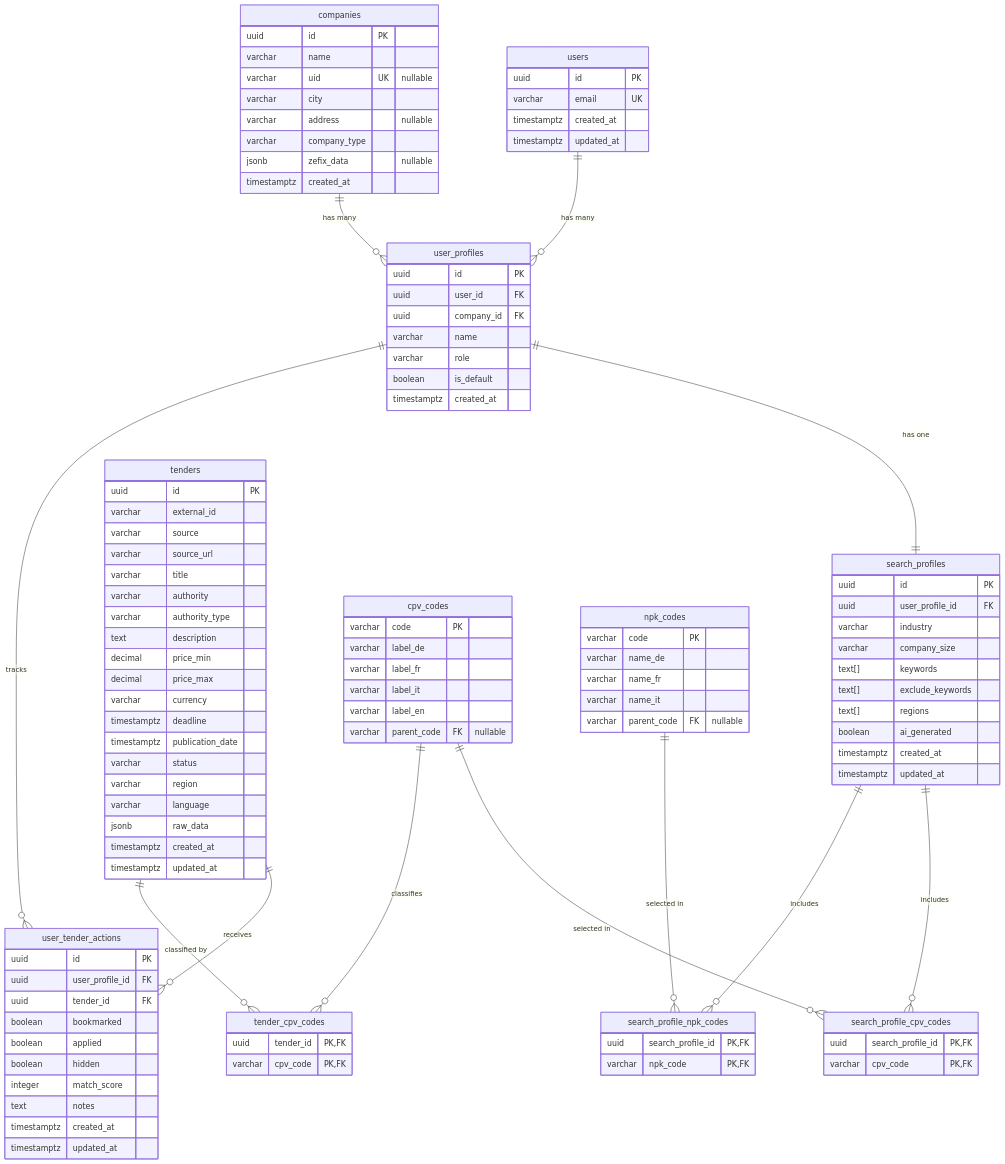
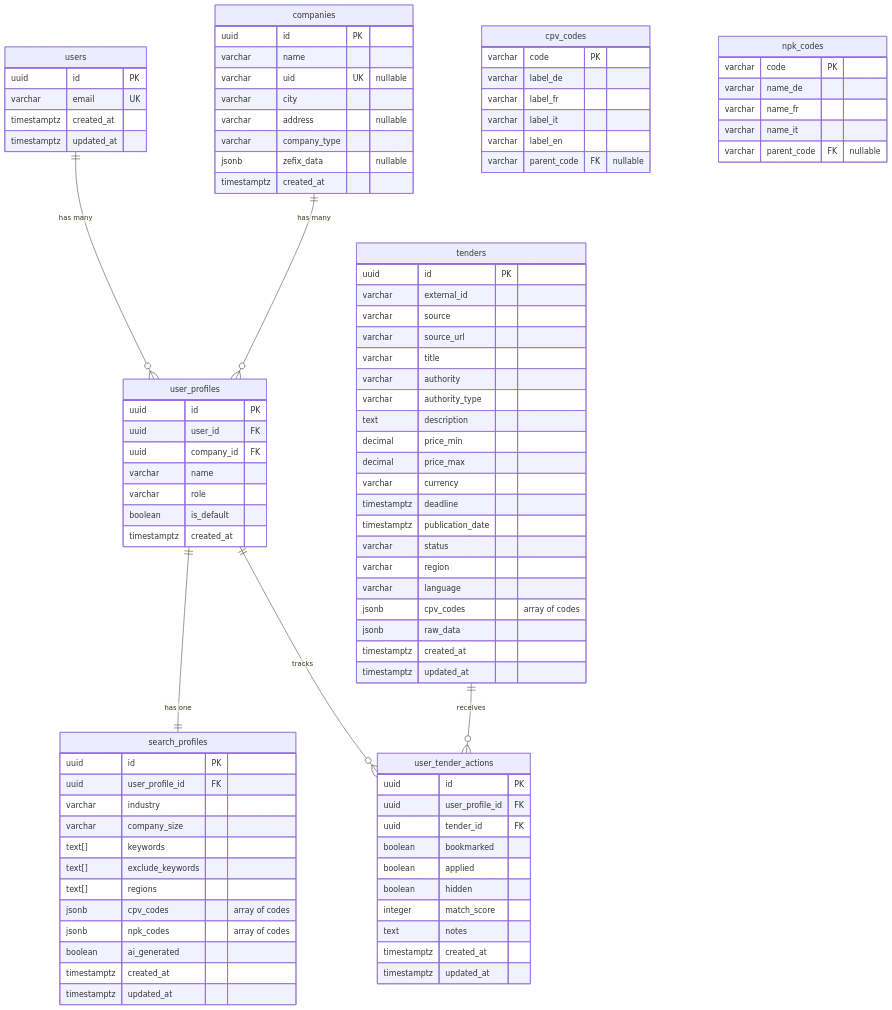
One commit to davras5/tender-scout changed the diagram in documentation/DATABASE.md. Above: the diagram before and after it, drawn with Mermaid. The commit also changed other lines of this file, not shown here.

First line of the commit message:
Simplify data model: JSONB arrays instead of junction tables

````diff
--- a/documentation/DATABASE.md
+++ b/documentation/DATABASE.md
@@ -49,6 +49,8 @@
         text[] keywords
         text[] exclude_keywords
         text[] regions
+        jsonb cpv_codes "array of codes"
+        jsonb npk_codes "array of codes"
         boolean ai_generated
         timestamptz created_at
         timestamptz updated_at
@@ -71,6 +73,7 @@
         varchar status
         varchar region
         varchar language
+        jsonb cpv_codes "array of codes"
         jsonb raw_data
         timestamptz created_at
         timestamptz updated_at
@@ -107,35 +110,10 @@
         varchar parent_code FK "nullable"
     }
 
-    %% Junction Tables
-    search_profile_cpv_codes {
-        uuid search_profile_id PK,FK
-        varchar cpv_code PK,FK
-    }
-
-    search_profile_npk_codes {
-        uuid search_profile_id PK,FK
-        varchar npk_code PK,FK
-    }
-
-    tender_cpv_codes {
-        uuid tender_id PK,FK
-        varchar cpv_code PK,FK
-    }
-
     %% Relationships
     users ||--o{ user_profiles : "has many"
     companies ||--o{ user_profiles : "has many"
     user_profiles ||--|| search_profiles : "has one"
     user_profiles ||--o{ user_tender_actions : "tracks"
     tenders ||--o{ user_tender_actions : "receives"
-
-    search_profiles ||--o{ search_profile_cpv_codes : "includes"
-    cpv_codes ||--o{ search_profile_cpv_codes : "selected in"
-
-    search_profiles ||--o{ search_profile_npk_codes : "includes"
-    npk_codes ||--o{ search_profile_npk_codes : "selected in"
-
-    tenders ||--o{ tender_cpv_codes : "classified by"
-    cpv_codes ||--o{ tender_cpv_codes : "classifies"
 ```
````
